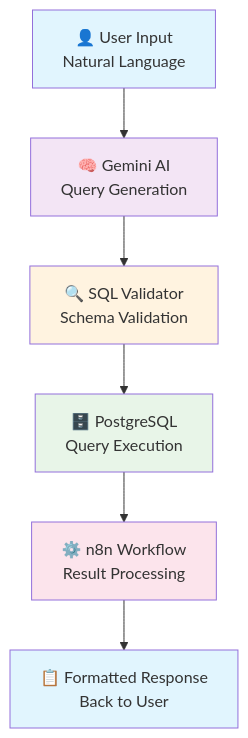
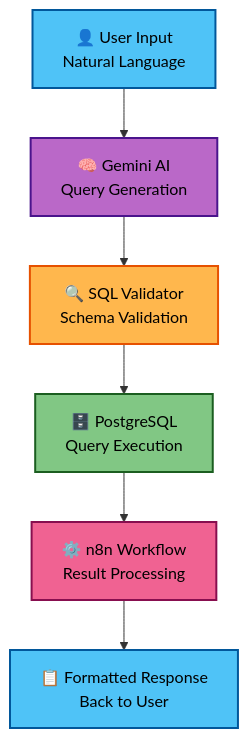
One commit to KushagraSaxena19/SQL-Agent-Project changed the diagram in README.md. Above: the diagram before and after it, drawn with Mermaid.

````diff
--- a/README.md
+++ b/README.md
@@ -34,15 +34,15 @@
 ```mermaid
 graph TD
     A[👤 User Input<br/>Natural Language] --> B[🧠 Gemini AI<br/>Query Generation]
     B --> C[🔍 SQL Validator<br/>Schema Validation]
     C --> D[🗄️ PostgreSQL<br/>Query Execution]
     D --> E[⚙️ n8n Workflow<br/>Result Processing]
     E --> F[📋 Formatted Response<br/>Back to User]
     
-    style A fill:#e1f5fe
-    style B fill:#f3e5f5
-    style C fill:#fff3e0
-    style D fill:#e8f5e8
-    style E fill:#fce4ec
-    style F fill:#e1f5fe
+    style A fill:#4fc3f7,stroke:#01579b,stroke-width:2px,color:#000
+    style B fill:#ba68c8,stroke:#4a148c,stroke-width:2px,color:#000
+    style C fill:#ffb74d,stroke:#e65100,stroke-width:2px,color:#000
+    style D fill:#81c784,stroke:#1b5e20,stroke-width:2px,color:#000
+    style E fill:#f06292,stroke:#880e4f,stroke-width:2px,color:#000
+    style F fill:#4fc3f7,stroke:#01579b,stroke-width:2px,color:#000
 ```
````
